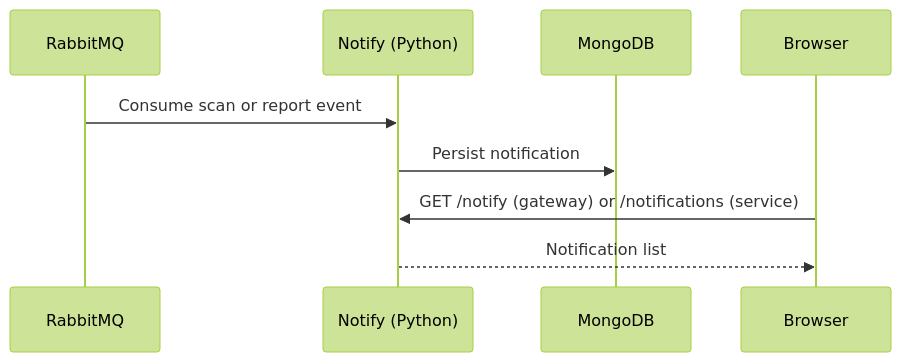
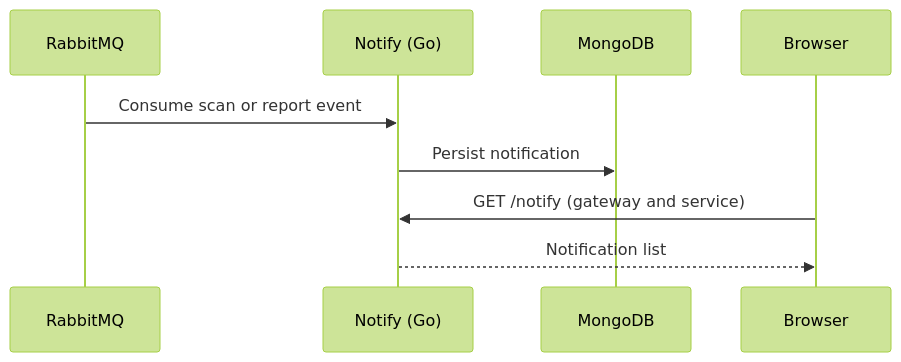
Before and after one commit to M33HA1/ForgeHarbor: the fourth of 5 diagrams in docs/obsidian/01-Architecture/Data-Flow.md, drawn with Mermaid (forest theme). The commit also changed other lines of this file and 28 other files, not shown here.

````diff
--- a/docs/obsidian/01-Architecture/Data-Flow.md
+++ b/docs/obsidian/01-Architecture/Data-Flow.md
@@ -73,12 +73,12 @@
 ```mermaid
 sequenceDiagram
     participant Q as RabbitMQ
-    participant N as Notify (Python)
+    participant N as Notify (Go)
     participant M as MongoDB
     participant U as Browser
 
     Q->>N: Consume scan or report event
     N->>M: Persist notification
-    U->>N: GET /notify (gateway) or /notifications (service)
+    U->>N: GET /notify (gateway and service)
     N-->>U: Notification list
 ```
````
